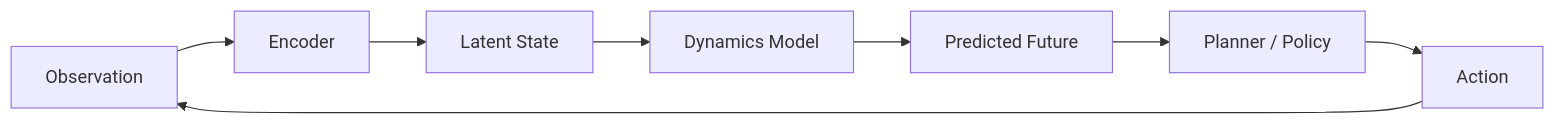
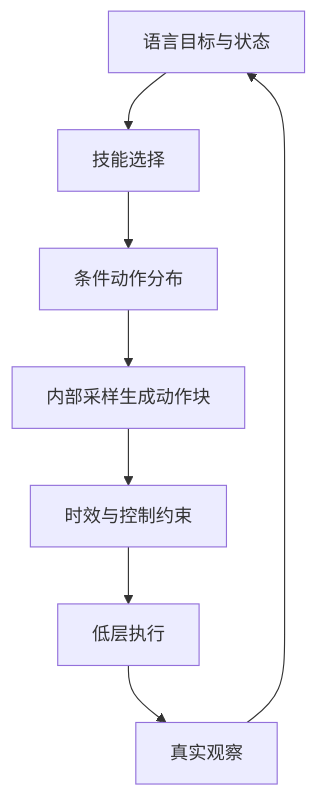
One commit to wxquare/wxquare.github.io changed the fourth of 6 diagrams in books/ai-book/src/part1/07-world-models-embodied-ai.md. Above: the diagram before and after it, drawn with Mermaid. The commit also changed other lines of this file and 6 other files, not shown here.

Commit message:
docs(ai-book): expand chapters 4–7 and refine diagrams

````diff
--- a/books/ai-book/src/part1/07-world-models-embodied-ai.md
+++ b/books/ai-book/src/part1/07-world-models-embodied-ai.md
@@ -74,10 +226,10 @@
 ```mermaid
-flowchart LR
-    A["Observation"] --> B["Encoder"]
-    B --> C["Latent State"]
-    C --> D["Dynamics Model"]
-    D --> E["Predicted Future"]
-    E --> F["Planner / Policy"]
-    F --> G["Action"]
-    G --> A
+flowchart TD
+ A["语言目标与状态"] --> B["技能选择"]
+ B --> C["条件动作分布"]
+ C --> D["内部采样生成动作块"]
+ D --> E["时效与控制约束"]
+ E --> F["低层执行"]
+ F --> G["真实观察"]
+ G --> A
 ```
````
